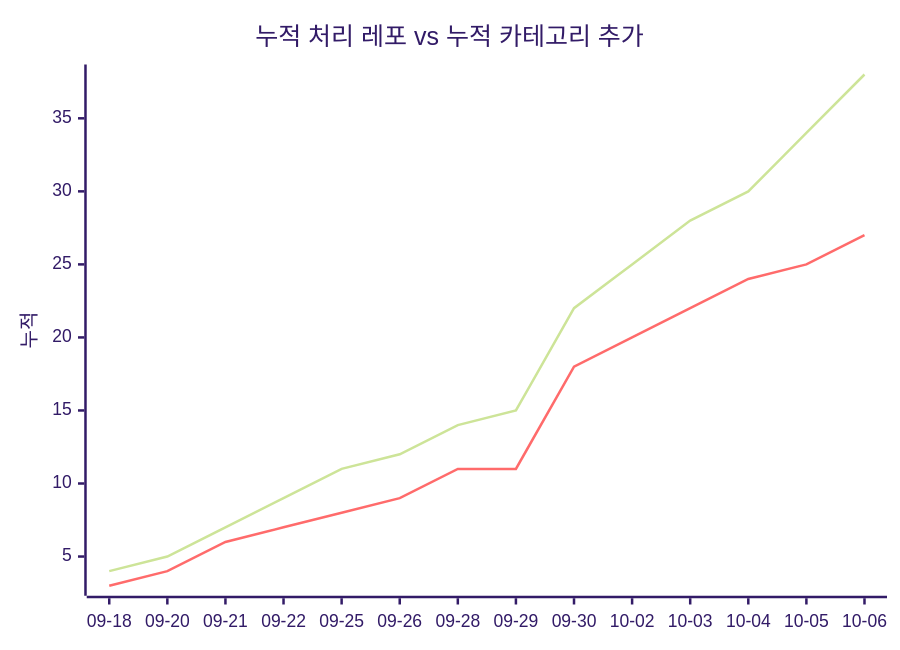
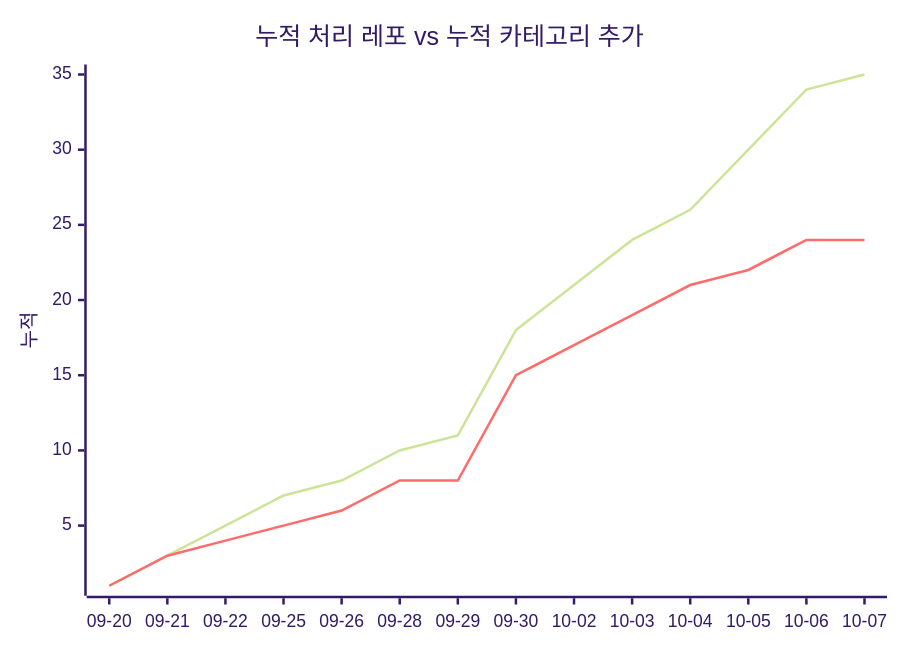
Before and after one commit to J-nowcow/awesome-korean-agent-skills: the second of 2 diagrams in docs/trends.md, drawn with Mermaid (forest theme). The commit also changed other lines of this file and 2 other files, not shown here.

````diff
--- a/docs/trends.md
+++ b/docs/trends.md
@@ -68,8 +68,8 @@
 ```mermaid
 xychart-beta
     title "누적 처리 레포 vs 누적 카테고리 추가"
-    x-axis ["09-18","09-20","09-21","09-22","09-25","09-26","09-28","09-29","09-30","10-02","10-03","10-04","10-05","10-06"]
+    x-axis ["09-20","09-21","09-22","09-25","09-26","09-28","09-29","09-30","10-02","10-03","10-04","10-05","10-06","10-07"]
     y-axis "누적"
-    line [4,5,7,9,11,12,14,15,22,25,28,30,34,38]
-    line [3,4,6,7,8,9,11,11,18,20,22,24,25,27]
+    line [1,3,5,7,8,10,11,18,21,24,26,30,34,35]
+    line [1,3,4,5,6,8,8,15,17,19,21,22,24,24]
 ```
````
